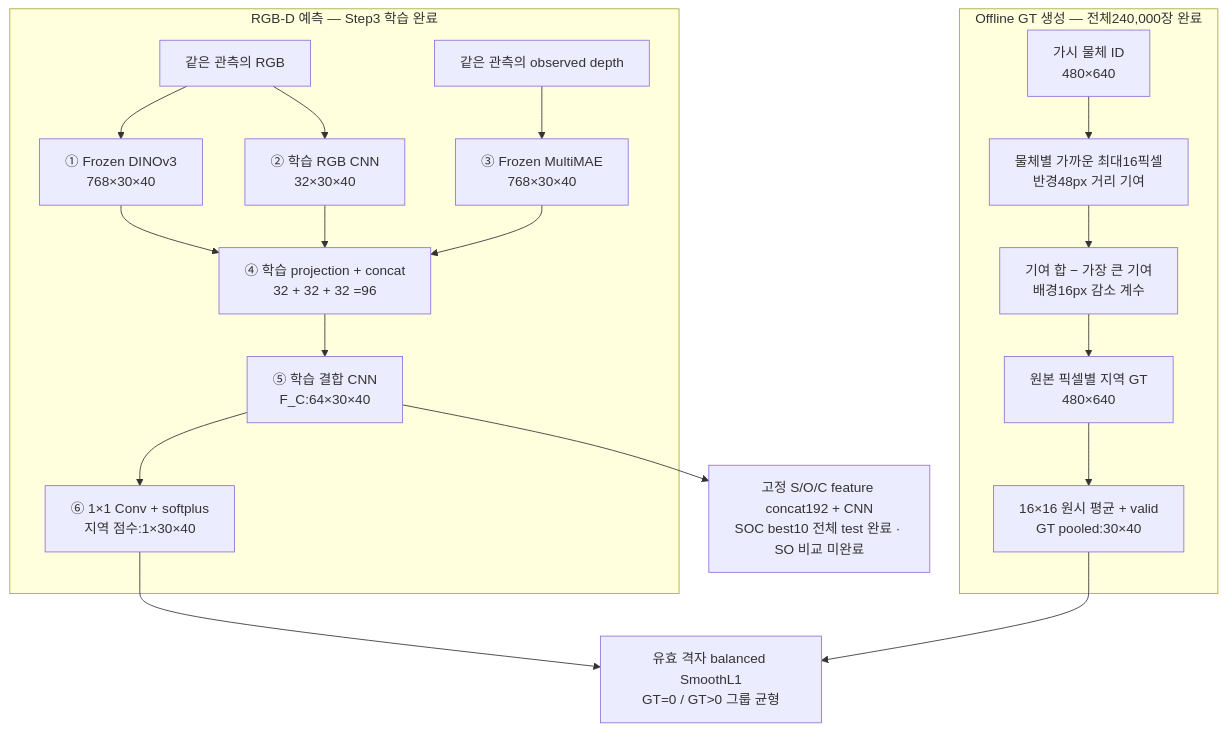
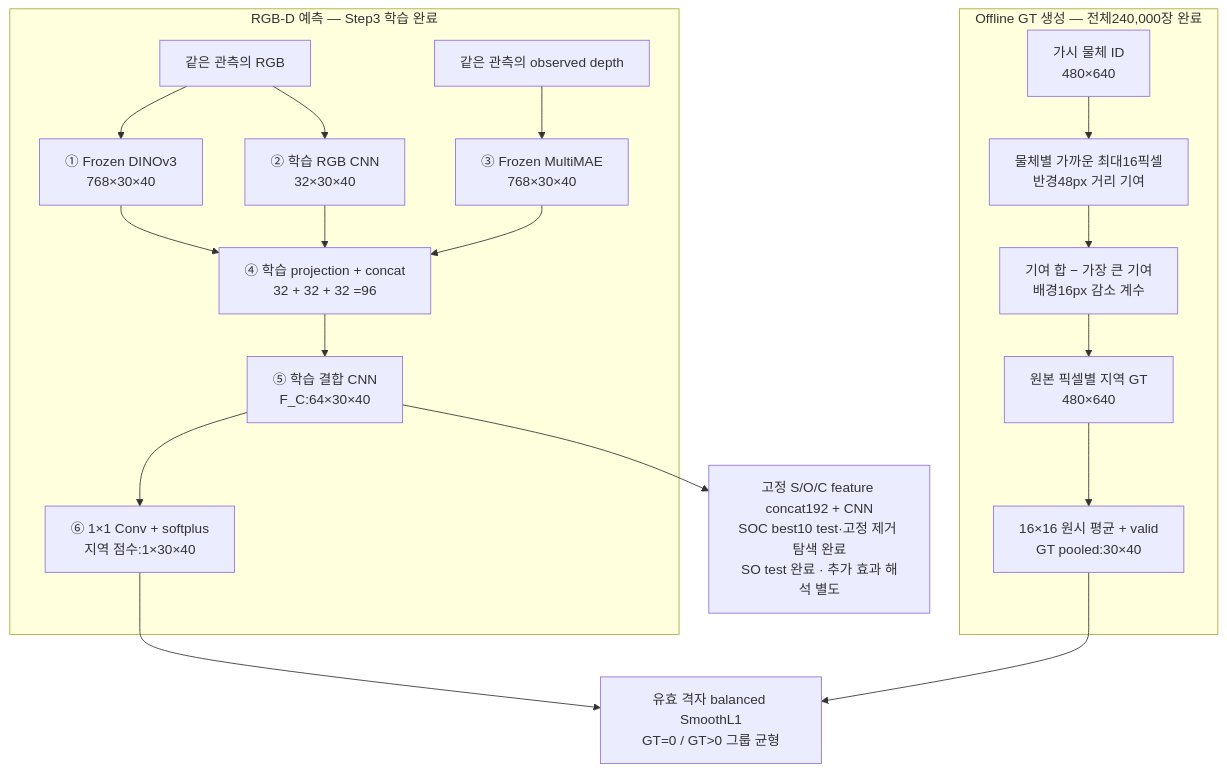
One commit to JeonHaneul/2D-PDM_DINOv3 changed the diagram in complexity_stream.md. Above: the diagram before and after it, drawn with Mermaid. The commit also changed other lines of this file and 24 other files, not shown here.

````diff
--- a/complexity_stream.md
+++ b/complexity_stream.md
@@ -176,22 +179,22 @@
 ```mermaid
 flowchart TB
     subgraph GT["Offline GT 생성 — 전체240,000장 완료"]
         ID["가시 물체 ID<br/>480×640"] --> DIST["물체별 가까운 최대16픽셀<br/>반경48px 거리 기여"]
         DIST --> REGION["기여 합 − 가장 큰 기여<br/>배경16px 감소 계수"]
         REGION --> FULL["원본 픽셀별 지역 GT<br/>480×640"]
         FULL --> POOL["16×16 원시 평균 + valid<br/>GT pooled:30×40"]
     end
     subgraph MODEL["RGB-D 예측 — Step3 학습 완료"]
         RGB["같은 관측의 RGB"] --> DINO["① Frozen DINOv3<br/>768×30×40"]
         RGB --> DETAIL["② 학습 RGB CNN<br/>32×30×40"]
         DEPTH["같은 관측의 observed depth"] --> MAE["③ Frozen MultiMAE<br/>768×30×40"]
         DINO --> CAT["④ 학습 projection + concat<br/>32 + 32 + 32 =96"]
         DETAIL --> CAT
         MAE --> CAT
         CAT --> FC["⑤ 학습 결합 CNN<br/>F_C:64×30×40"]
         FC --> PRED["⑥ 1×1 Conv + softplus<br/>지역 점수:1×30×40"]
     end
     PRED --> LOSS["유효 격자 balanced SmoothL1<br/>GT=0 / GT>0 그룹 균형"]
     POOL --> LOSS
-    FC --> FUSION["고정 S/O/C feature concat192 + CNN<br/>SOC best10 전체 test 완료 · SO 비교 미완료"]
+    FC --> FUSION["고정 S/O/C feature concat192 + CNN<br/>SOC best10 test·고정 제거 탐색 완료<br/>SO test 완료 · 추가 효과 해석 별도"]
 ```
````
